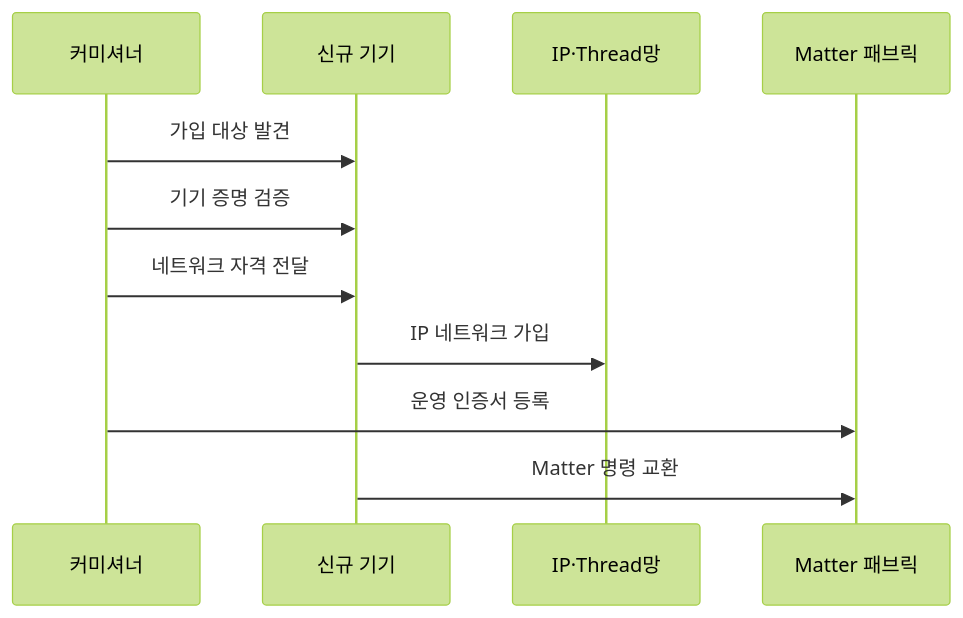
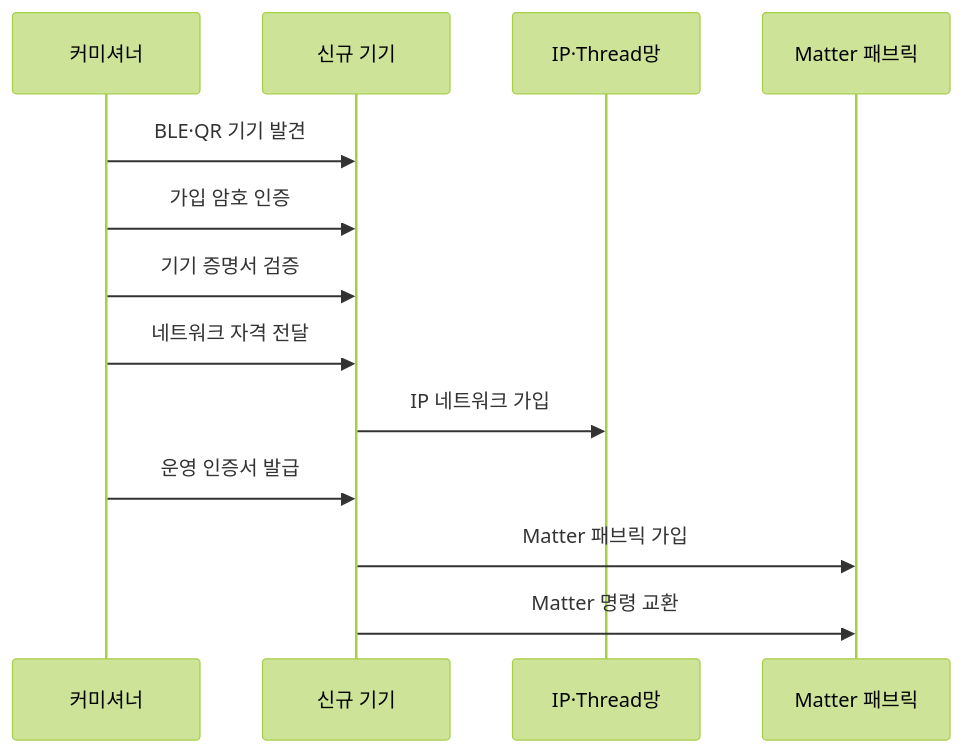
One commit to agnusdei1207/knowledge-base changed the second of 2 diagrams in src/content/docs/notes/04-network/054_zigbee_thread_matter.md. Above: the diagram before and after it, drawn with Mermaid (forest theme). The commit also changed other lines of this file and 7 other files, not shown here.

````diff
--- a/src/content/docs/notes/04-network/054_zigbee_thread_matter.md
+++ b/src/content/docs/notes/04-network/054_zigbee_thread_matter.md
@@ -93,13 +91,15 @@
 ```mermaid
 sequenceDiagram
     participant C as 커미셔너
     participant D as 신규 기기
     participant N as IP·Thread망
     participant F as Matter 패브릭
-    C->>D: 가입 대상 발견
-    C->>D: 기기 증명 검증
+    C->>D: BLE·QR 기기 발견
+    C->>D: 가입 암호 인증
+    C->>D: 기기 증명서 검증
     C->>D: 네트워크 자격 전달
     D->>N: IP 네트워크 가입
-    C->>F: 운영 인증서 등록
+    C->>D: 운영 인증서 발급
+    D->>F: Matter 패브릭 가입
     D->>F: Matter 명령 교환
 ```
````
